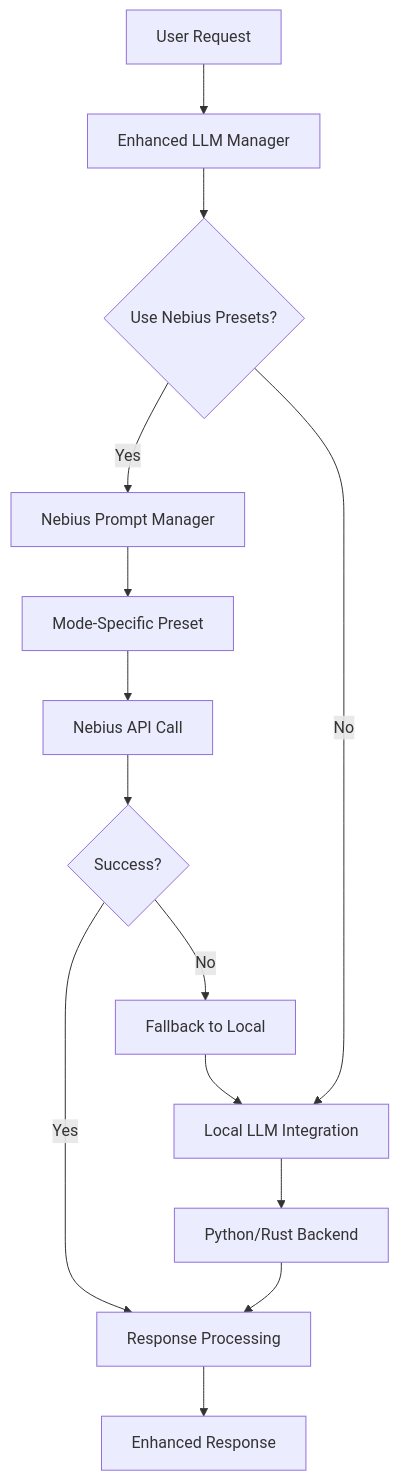
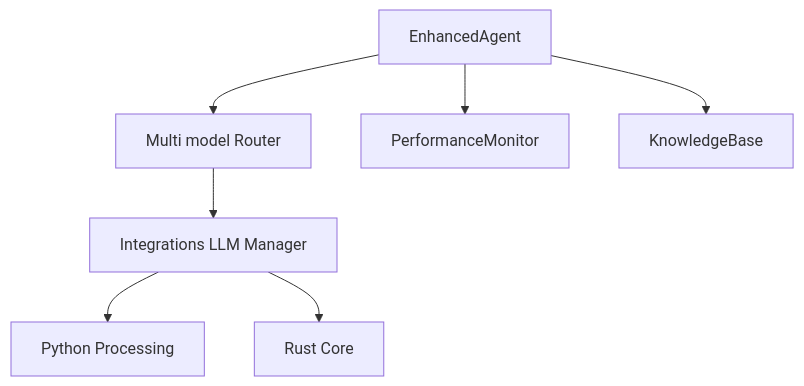
Before and after one commit to elicharlese/ECE-AGENT: the diagram in docs/architecture/llm_self_care.md, drawn with Mermaid. The commit also changed other lines of this file and 99 other files, not shown here.

````diff
--- a/docs/architecture/llm_self_care.md
+++ b/docs/architecture/llm_self_care.md
@@ -291,16 +9,9 @@
 ```mermaid
 graph TB
-    A[User Request] --> B[Enhanced LLM Manager]
-    B --> C{Use Nebius Presets?}
-    C -->|Yes| D[Nebius Prompt Manager]
-    C -->|No| E[Local LLM Integration]
-    D --> F[Mode-Specific Preset]
-    F --> G[Nebius API Call]
-    G --> H{Success?}
-    H -->|Yes| I[Response Processing]
-    H -->|No| J[Fallback to Local]
-    J --> E
-    E --> K[Python/Rust Backend]
-    K --> I
-    I --> L[Enhanced Response]
+    A[EnhancedAgent] --> B[Multi model Router]
+    B --> C[Integrations LLM Manager]
+    C --> D[Python Processing]
+    C --> E[Rust Core]
+    A --> F[PerformanceMonitor]
+    A --> G[KnowledgeBase]
 ```
````
